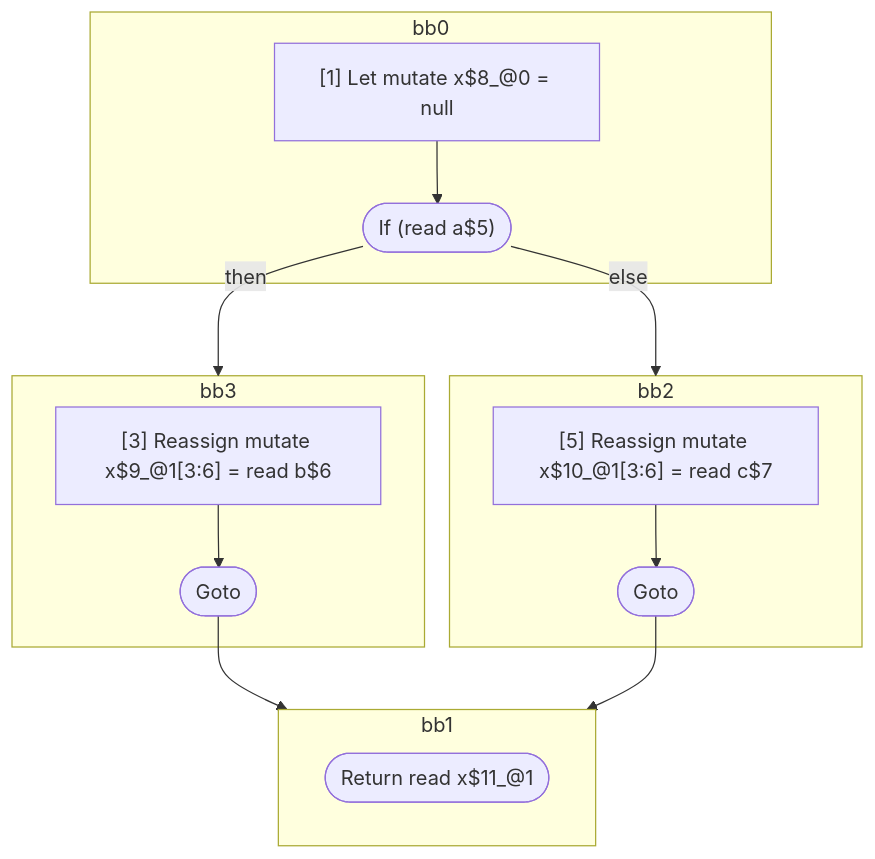
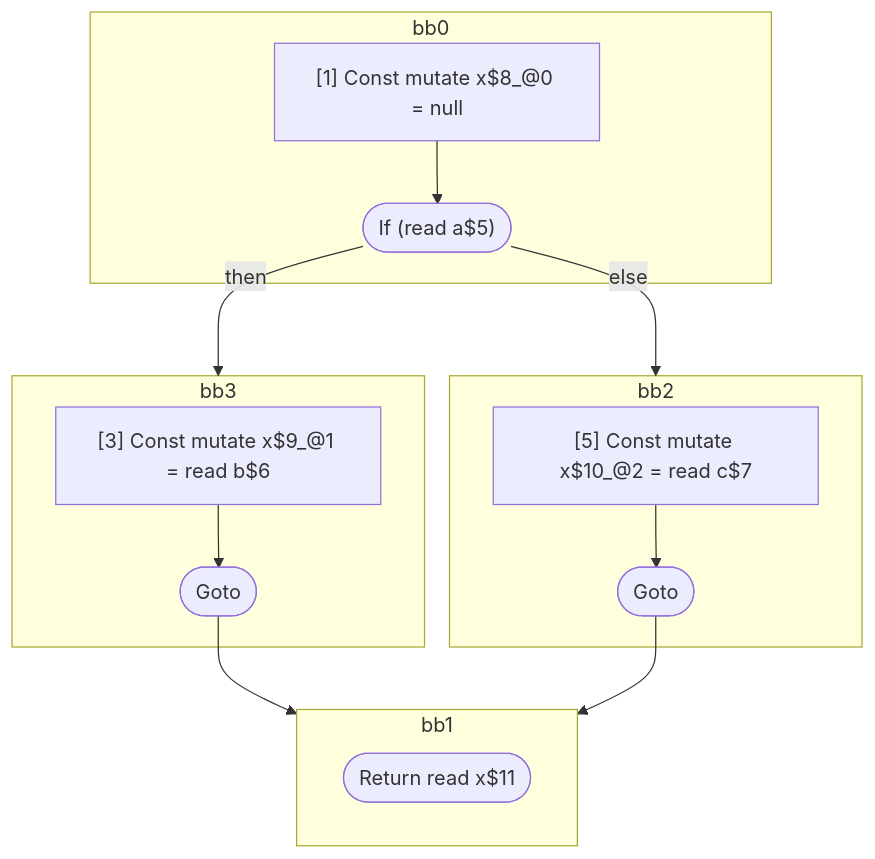
The diagram in compiler/forget/src/__tests__/fixtures/hir/_bug_inverted-if-else.expect.md (wutsmog/private), drawn with Mermaid before and after one commit. The commit also changed other lines of this file and 61 other files, not shown here.

````diff
--- a/compiler/forget/src/__tests__/fixtures/hir/_bug_inverted-if-else.expect.md
+++ b/compiler/forget/src/__tests__/fixtures/hir/_bug_inverted-if-else.expect.md
@@ -45,32 +44,32 @@
 ```mermaid
 flowchart TB
   %% Basic Blocks
   subgraph bb0
     bb0_instrs["
-      [1] Let mutate x$8_@0 = null
+      [1] Const mutate x$8_@0 = null
     "]
     bb0_instrs --> bb0_terminal(["If (read a$5)"])
   end
   subgraph bb3
     bb3_instrs["
-      [3] Reassign mutate x$9_@1[3:6] = read b$6
+      [3] Const mutate x$9_@1 = read b$6
     "]
     bb3_instrs --> bb3_terminal(["Goto"])
   end
   subgraph bb2
     bb2_instrs["
-      [5] Reassign mutate x$10_@1[3:6] = read c$7
+      [5] Const mutate x$10_@2 = read c$7
     "]
     bb2_instrs --> bb2_terminal(["Goto"])
   end
   subgraph bb1
-    bb1_terminal(["Return read x$11_@1"])
+    bb1_terminal(["Return read x$11"])
   end
 
   %% Jumps
   bb0_terminal -- "then" --> bb3
   bb0_terminal -- "else" --> bb2
   bb3_terminal --> bb1
   bb2_terminal --> bb1
 
 ```
````
